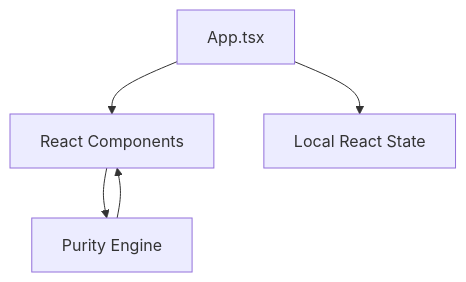
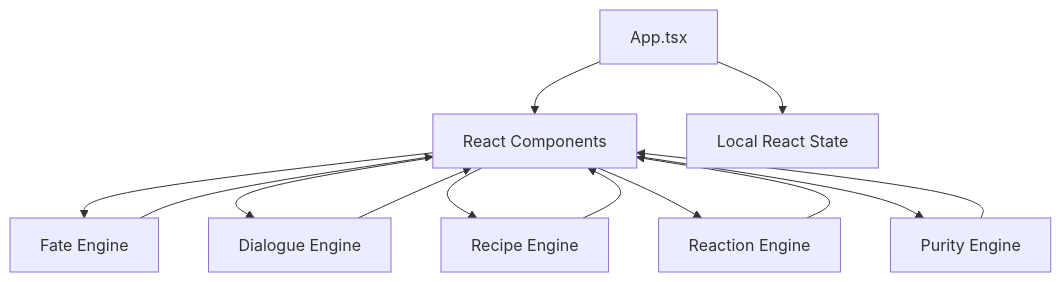
Before and after one commit to viviparidae/project-flask: the third of 3 diagrams in docs/architecture.md, drawn with Mermaid. The commit also changed other lines of this file and 12 other files, not shown here.

````diff
--- a/docs/architecture.md
+++ b/docs/architecture.md
@@ -50,11 +50,23 @@
 ```mermaid
 flowchart TD
     App[App.tsx]
     UI[React Components]
-    Engine[Purity Engine]
+    FateEngine[Fate Engine]
+    DialogueEngine[Dialogue Engine]
+    RecipeEngine[Recipe Engine]
+    ReactionEngine[Reaction Engine]
+    PurityEngine[Purity Engine]
     State[Local React State]
     App --> UI
     App --> State
-    UI --> Engine
-    Engine --> UI
+    UI --> FateEngine
+    UI --> DialogueEngine
+    UI --> RecipeEngine
+    UI --> ReactionEngine
+    UI --> PurityEngine
+    FateEngine --> UI
+    DialogueEngine --> UI
+    RecipeEngine --> UI
+    ReactionEngine --> UI
+    PurityEngine --> UI
 ```
````
